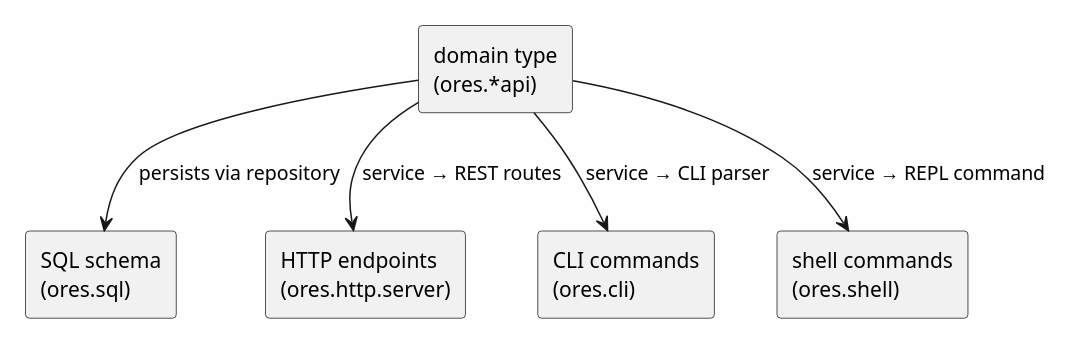
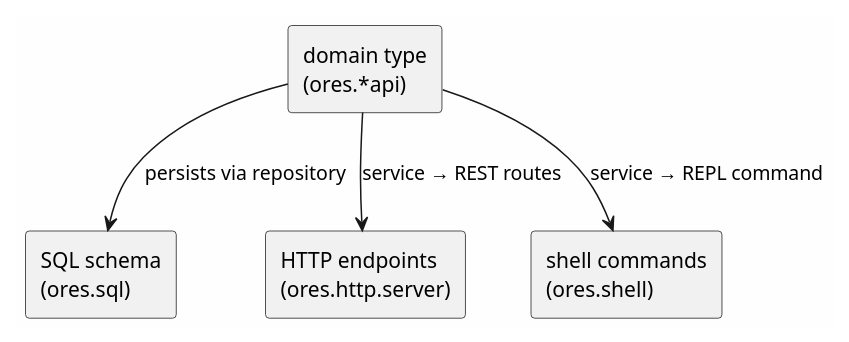
Before and after one commit to OreStudio/OreStudio: the diagram in projects/modeling/entity_lifecycle.org, drawn with PlantUML. The commit also changed other lines of this file and 111 other files, not shown here.

```diff
--- a/projects/modeling/entity_lifecycle.org
+++ b/projects/modeling/entity_lifecycle.org
@@ -28,17 +28,15 @@
 #+begin_src plantuml :file entity_lifecycle.png
 @startuml
 skinparam backgroundColor #FEFEFE
 skinparam componentStyle rectangle
 
 [domain type\n(ores.*api)] as D
 [SQL schema\n(ores.sql)] as S
 [HTTP endpoints\n(ores.http.server)] as H
-[CLI commands\n(ores.cli)] as C
 [shell commands\n(ores.shell)] as SH
 
 D --> S  : persists via repository
 D --> H  : service → REST routes
-D --> C  : service → CLI parser
 D --> SH : service → REPL command
 @enduml
 #+end_src
```
